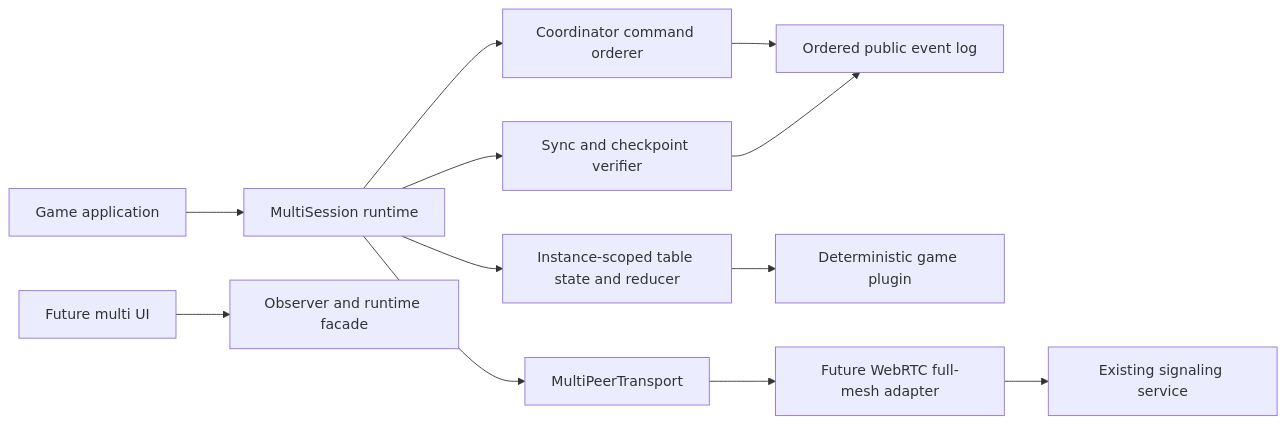
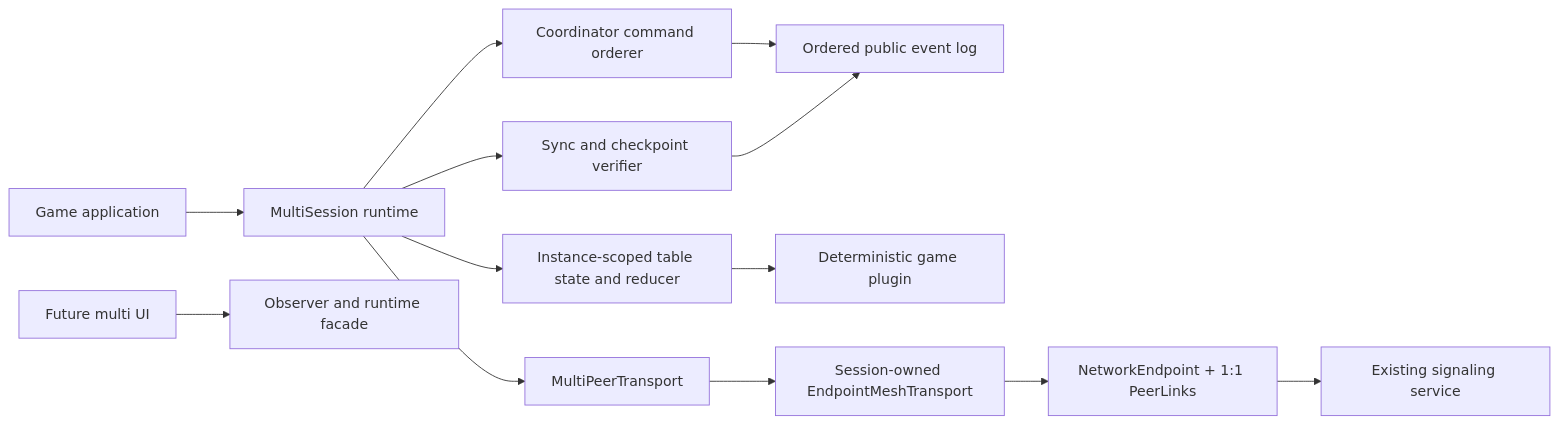
One commit to Ode1l/p2p-lockstep-kit-multisession changed the first of 2 diagrams in docs/architecture.md. Above: the diagram before and after it, drawn with Mermaid. The commit also changed other lines of this file and 7 other files, not shown here.

````diff
--- a/docs/architecture.md
+++ b/docs/architecture.md
@@ -15,14 +15,15 @@
 ```mermaid
 flowchart LR
   App["Game application"] --> Runtime["MultiSession runtime"]
   UI["Future multi UI"] --> Observer["Observer and runtime facade"]
   Runtime --> Core["Instance-scoped table state and reducer"]
   Runtime --> Coordinator["Coordinator command orderer"]
   Runtime --> Sync["Sync and checkpoint verifier"]
   Coordinator --> Log["Ordered public event log"]
   Sync --> Log
   Core --> Plugin["Deterministic game plugin"]
   Runtime --> Transport["MultiPeerTransport"]
-  Transport --> Adapter["Future WebRTC full-mesh adapter"]
-  Adapter --> Signaling["Existing signaling service"]
+  Transport --> Adapter["Session-owned EndpointMeshTransport"]
+  Adapter --> Endpoint["NetworkEndpoint + 1:1 PeerLinks"]
+  Endpoint --> Signaling["Existing signaling service"]
 ```
````
